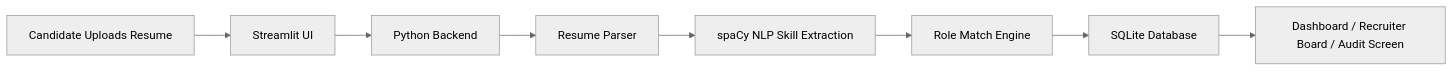
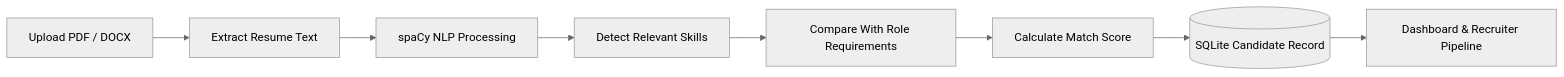
Before and after one commit to sgsinghashka-del/AI_Resume_Screening_DS: the diagram in README.md, drawn with Mermaid (neutral theme). The commit also changed other lines of this file, not shown here.

````diff
--- a/README.md
+++ b/README.md
@@ -64,10 +93,10 @@
 ```mermaid
 flowchart LR
-    A[Candidate Uploads Resume] --> B[Streamlit UI]
-    B --> C[Python Backend]
-    C --> D[Resume Parser]
-    D --> E[spaCy NLP Skill Extraction]
-    E --> F[Role Match Engine]
-    F --> G[SQLite Database]
-    G --> H[Dashboard / Recruiter Board / Audit Screen]
+    A[Upload PDF / DOCX] --> B[Extract Resume Text]
+    B --> C[spaCy NLP Processing]
+    C --> D[Detect Relevant Skills]
+    D --> E[Compare With Role Requirements]
+    E --> F[Calculate Match Score]
+    F --> G[(SQLite Candidate Record)]
+    G --> H[Dashboard & Recruiter Pipeline]
 ```
````
